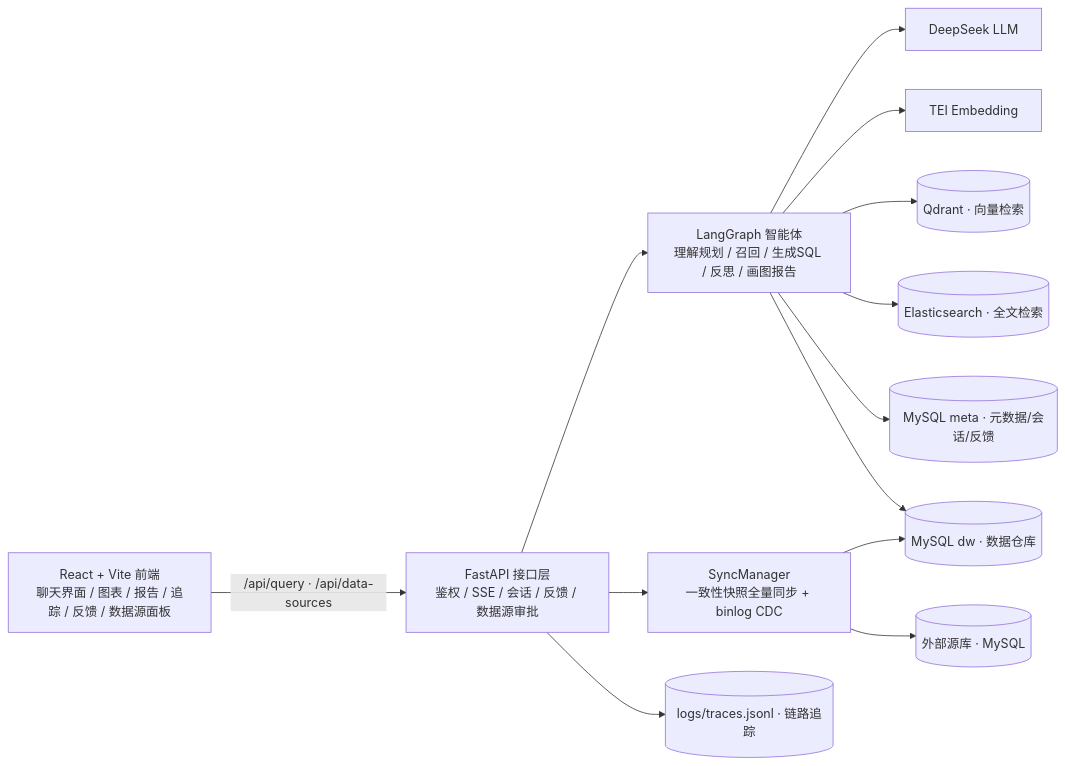
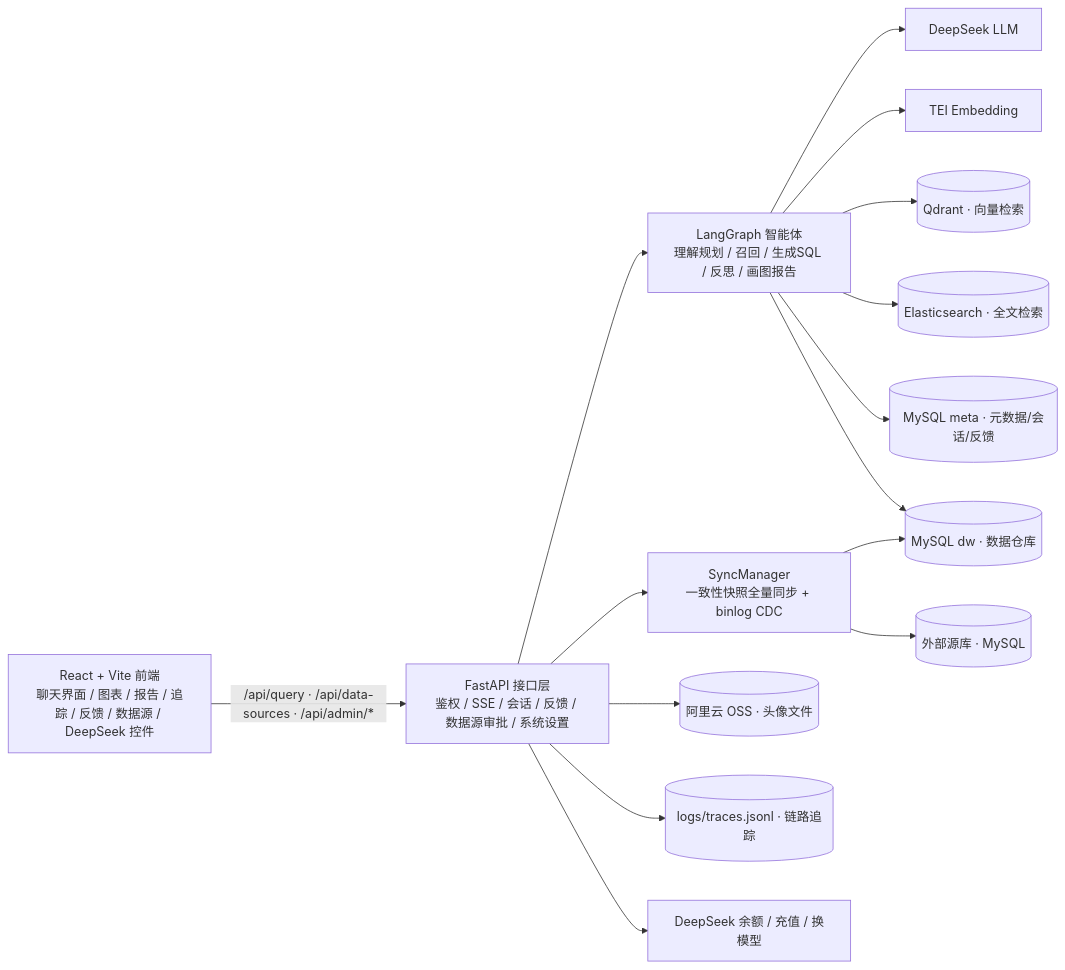
The first of 2 diagrams in README.md (yzm-mmmm/insight-pilot), drawn with Mermaid before and after one commit. The commit also changed other lines of this file and 43 other files, not shown here.

Commit message:
feat: 头像上传 OSS、模型价格成本、DeepSeek 余额与运行时切模型

````diff
--- a/README.md
+++ b/README.md
@@ -110,15 +121,17 @@
 ```mermaid
 flowchart LR
-    UI["React + Vite 前端<br/>聊天界面 / 图表 / 报告 / 追踪 / 反馈 / 数据源面板"] -->|"/api/query · /api/data-sources"| API["FastAPI 接口层<br/>鉴权 / SSE / 会话 / 反馈 / 数据源审批"]
+    UI["React + Vite 前端<br/>聊天界面 / 图表 / 报告 / 追踪 / 反馈 / 数据源 / DeepSeek 控件"] -->|"/api/query · /api/data-sources · /api/admin/*"| API["FastAPI 接口层<br/>鉴权 / SSE / 会话 / 反馈 / 数据源审批 / 系统设置"]
     API --> AGENT["LangGraph 智能体<br/>理解规划 / 召回 / 生成SQL / 反思 / 画图报告"]
     AGENT --> LLM["DeepSeek LLM"]
     AGENT --> EMB["TEI Embedding"]
     AGENT --> QDRANT[("Qdrant · 向量检索")]
     AGENT --> ES[("Elasticsearch · 全文检索")]
     AGENT --> META[("MySQL meta · 元数据/会话/反馈")]
     AGENT --> DW[("MySQL dw · 数据仓库")]
     API --> SYNC["SyncManager<br/>一致性快照全量同步 + binlog CDC"]
     SYNC --> SRC[("外部源库 · MySQL")]
     SYNC --> DW
+    API --> OSS[("阿里云 OSS · 头像文件")]
     API --> TRACE[("logs/traces.jsonl · 链路追踪")]
+    API --> DS_BALANCE["DeepSeek 余额 / 充值 / 换模型"]
 ```
````
